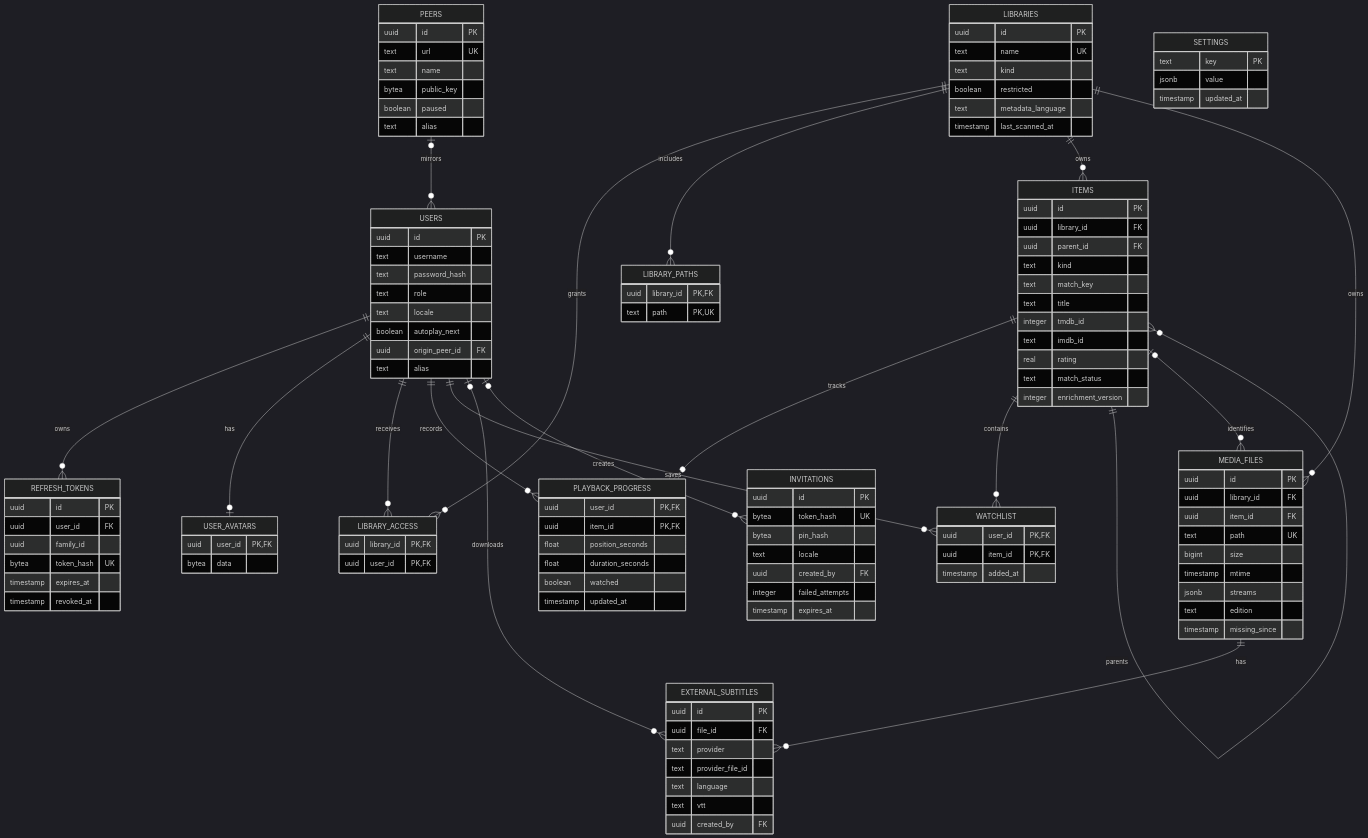
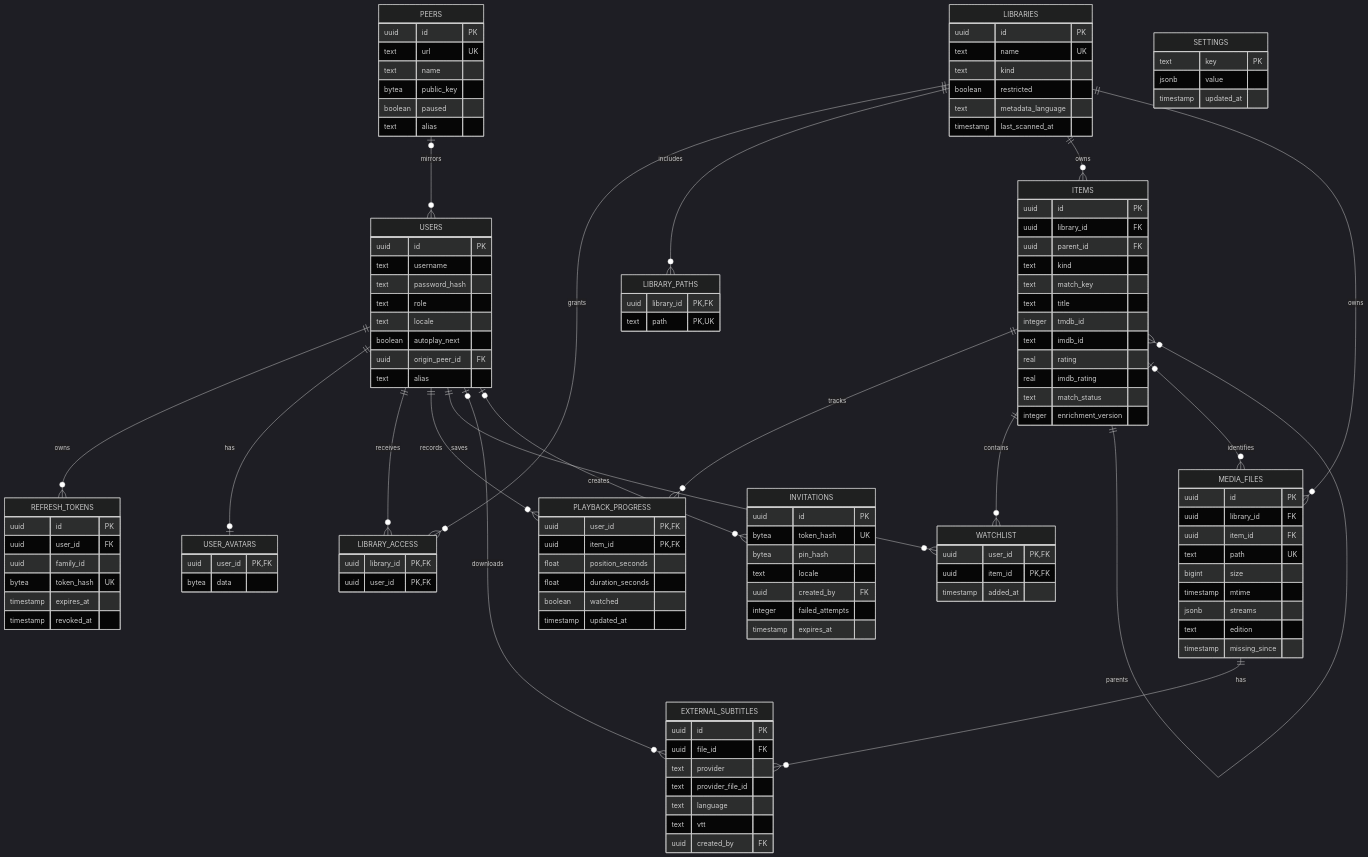
Before and after one commit to Glideh/plys: the diagram in docs/database-schema.md, drawn with Mermaid (dark theme). The commit also changed other lines of this file and 28 other files, not shown here.

```diff
--- a/docs/database-schema.md
+++ b/docs/database-schema.md
@@ -69,6 +69,7 @@
         integer tmdb_id
         text imdb_id
         real rating
+        real imdb_rating
         text match_status
         integer enrichment_version
     }
```
